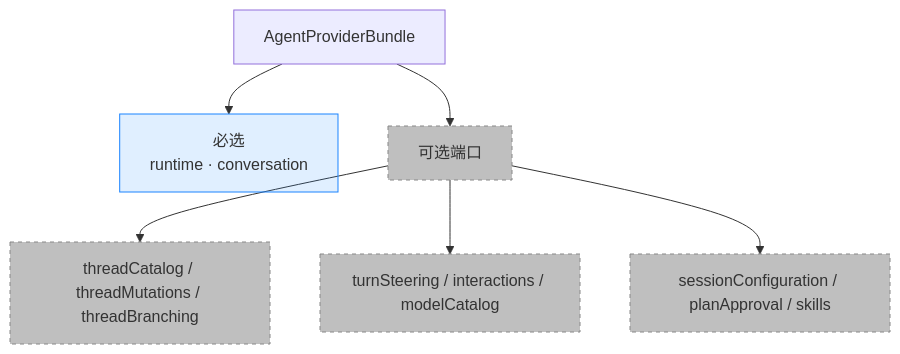
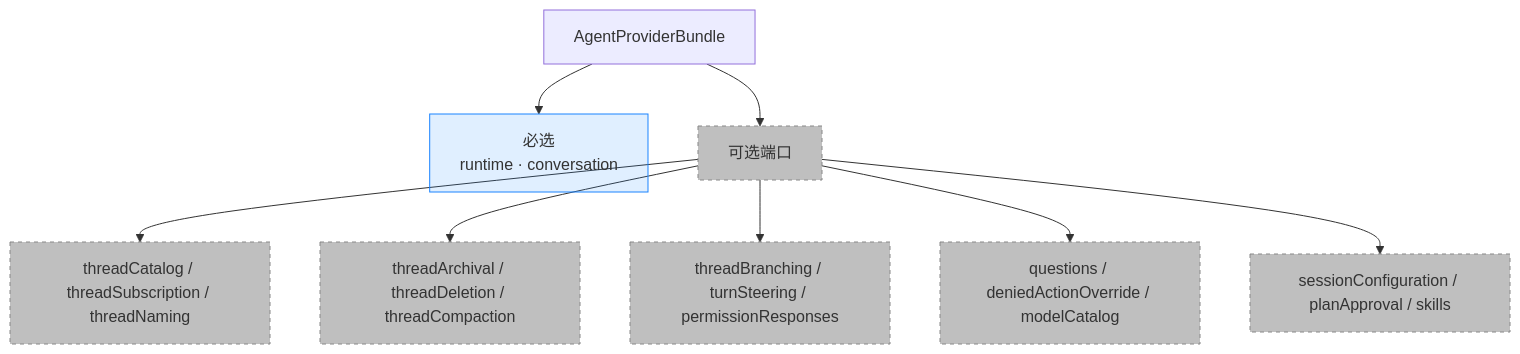
The third of 5 diagrams in docs/architecture/overview.md (linpeilie/zeta), drawn with Mermaid before and after one commit. The commit also changed 18 other files, not shown here.

````diff
--- a/docs/architecture/overview.md
+++ b/docs/architecture/overview.md
@@ -102,14 +102,16 @@
 ```mermaid
 flowchart TD
     bundle["AgentProviderBundle"]
     bundle --> req["必选<br/>runtime · conversation"]
     bundle --> opt["可选端口"]
-    opt --> o1["threadCatalog / threadMutations / threadBranching"]
-    opt --> o2["turnSteering / interactions / modelCatalog"]
-    opt --> o3["sessionConfiguration / planApproval / skills"]
+    opt --> o1["threadCatalog / threadSubscription / threadNaming"]
+    opt --> o2["threadArchival / threadDeletion / threadCompaction"]
+    opt --> o3["threadBranching / turnSteering / permissionResponses"]
+    opt --> o4["questions / deniedActionOverride / modelCatalog"]
+    opt --> o5["sessionConfiguration / planApproval / skills"]
 
     classDef must fill:#1B84FF22,stroke:#1B84FF
     classDef may fill:#8888,stroke:#888,stroke-dasharray:4
     class req must
-    class opt,o1,o2,o3 may
+    class opt,o1,o2,o3,o4,o5 may
 ```
````
